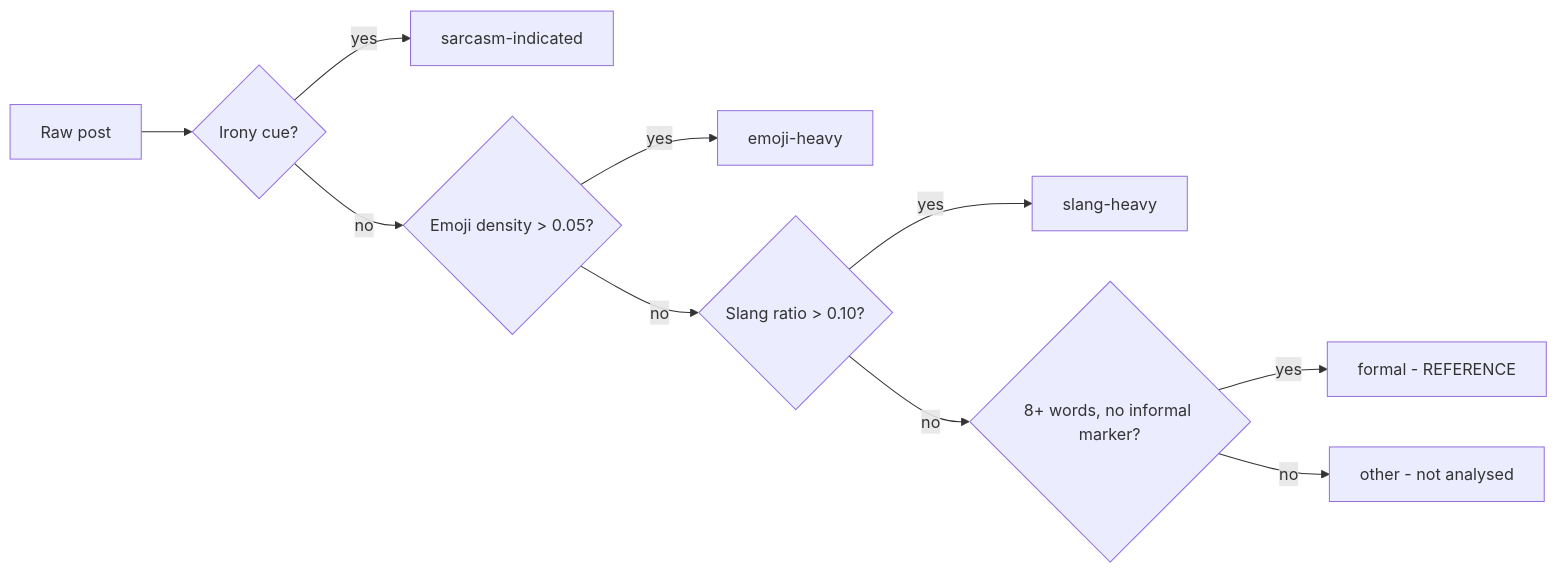
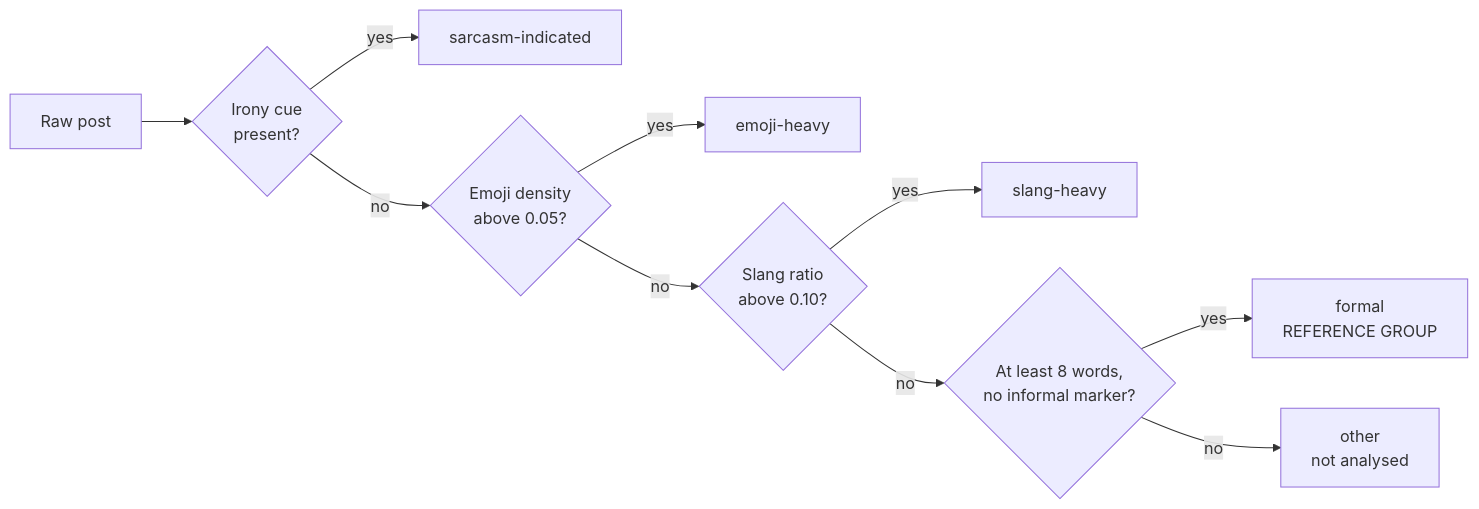
Before and after one commit to abtGIT/ethical-risk-assessment-sentiment-analysis-models-social-media-monitoring-bias-inclusivity: the first of 2 diagrams in README.md, drawn with Mermaid. The commit also changed other lines of this file, not shown here.

````diff
--- a/README.md
+++ b/README.md
@@ -55,12 +55,12 @@
 ```mermaid
 flowchart LR
-    RAW["Raw post"] --> C1{"Irony cue?"}
-    C1 -->|yes| SARC["sarcasm-indicated"]
-    C1 -->|no| C2{"Emoji density &gt; 0.05?"}
-    C2 -->|yes| EMO["emoji-heavy"]
-    C2 -->|no| C3{"Slang ratio &gt; 0.10?"}
-    C3 -->|yes| SLANG["slang-heavy"]
-    C3 -->|no| C4{"8+ words, no informal marker?"}
-    C4 -->|yes| FORM["formal - REFERENCE"]
-    C4 -->|no| OTHER["other - not analysed"]
+    RAW["Raw post"] --> C1{"Irony cue<br/>present?"}
+    C1 -- yes --> SARC["sarcasm-indicated"]
+    C1 -- no --> C2{"Emoji density<br/>above 0.05?"}
+    C2 -- yes --> EMO["emoji-heavy"]
+    C2 -- no --> C3{"Slang ratio<br/>above 0.10?"}
+    C3 -- yes --> SLANG["slang-heavy"]
+    C3 -- no --> C4{"At least 8 words,<br/>no informal marker?"}
+    C4 -- yes --> FORM["formal<br/>REFERENCE GROUP"]
+    C4 -- no --> OTHER["other<br/>not analysed"]
 ```
````
